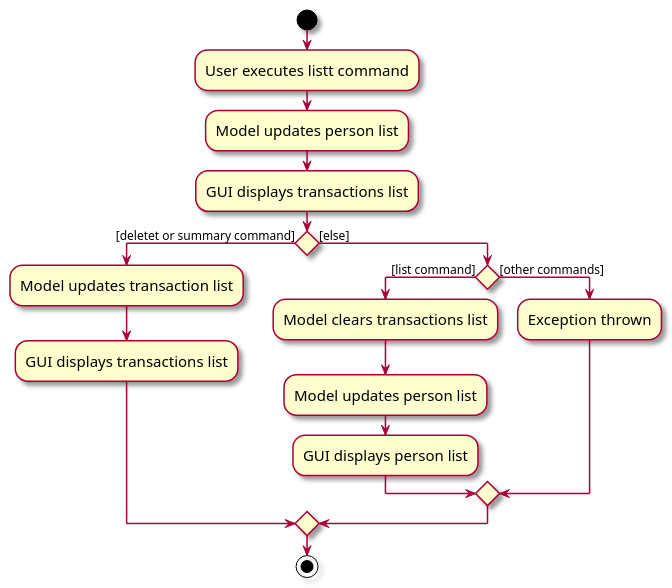
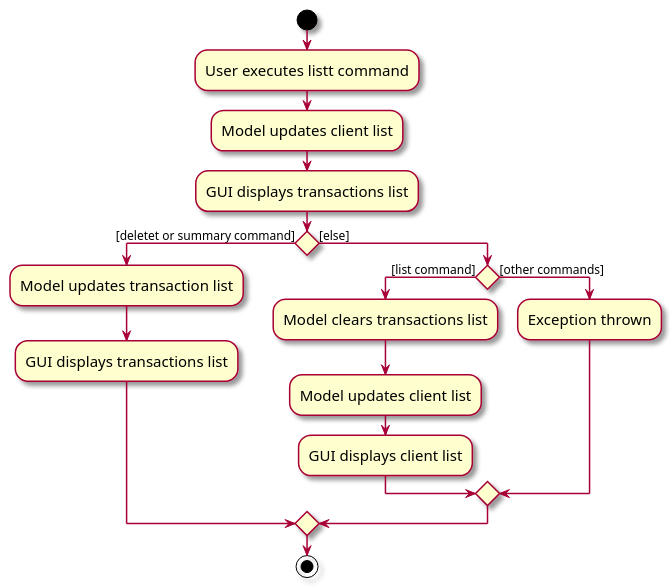
One commit to reginateh/tp changed the diagram in diagrams/ListTransactionsActivityDiagram.puml. Above: the diagram before and after it, drawn with PlantUML. The commit also changed 40 other files, not shown here.

```diff
--- a/diagrams/ListTransactionsActivityDiagram.puml
+++ b/diagrams/ListTransactionsActivityDiagram.puml
@@ -1,27 +1,27 @@
 @startuml
 skin rose
 skinparam ActivityFontSize 15
 skinparam ArrowFontSize 12
 start
 :User executes listt command;
-:Model updates person list;
+:Model updates client list;
 :GUI displays transactions list;
 
 'Since the beta syntax does not support placing the condition outside the
 'diamond we place it as the true branch instead.
 
 if () then ([deletet or summary command])
     :Model updates transaction list;
     :GUI displays transactions list;
 else ([else])
     if () then ([list command])
         :Model clears transactions list;
-        :Model updates person list;
-        :GUI displays person list;
+        :Model updates client list;
+        :GUI displays client list;
     else ([other commands])
         :Exception thrown;
     endif
 endif
 
 stop
 @enduml
```
